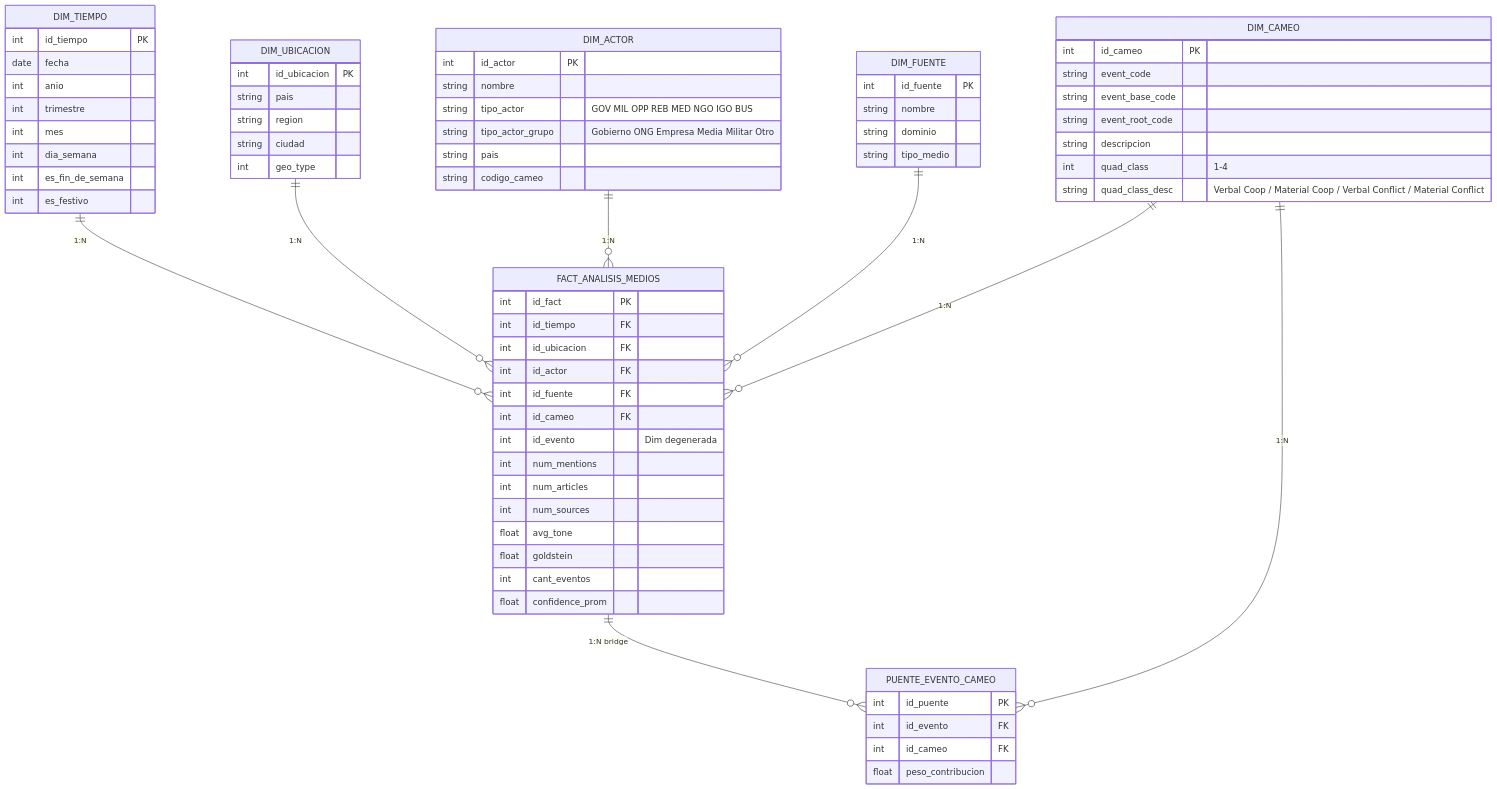
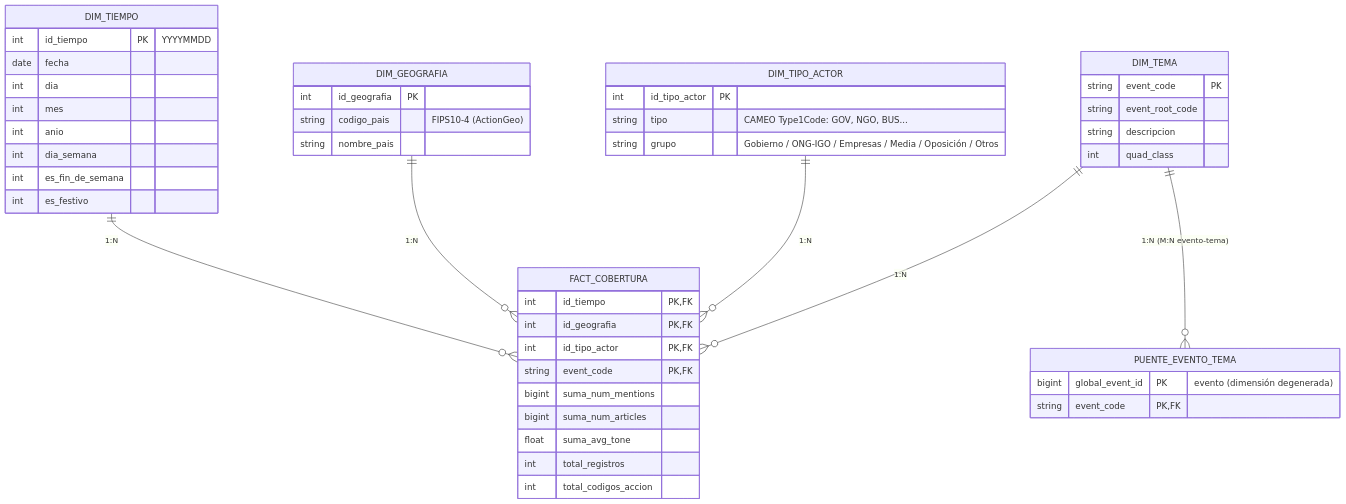
The second of 4 diagrams in TP2.md (marcoskantor/Curso_Introduccion_Ingenieria_Datos), drawn with Mermaid before and after one commit. The commit also changed other lines of this file and 1 other file, not shown here.

Commit message:
TP2: correcciones del docente (PK única, ubicaciones por rol, puentes con PK compuesta, fact con PK compuesta, métricas alineadas a preguntas)

````diff
--- a/TP2.md
+++ b/TP2.md
@@ -157,79 +176,55 @@
 ```mermaid
 erDiagram
-    DIM_TIEMPO    ||--o{ FACT_ANALISIS_MEDIOS : "1:N"
-    DIM_UBICACION ||--o{ FACT_ANALISIS_MEDIOS : "1:N"
-    DIM_ACTOR     ||--o{ FACT_ANALISIS_MEDIOS : "1:N"
-    DIM_FUENTE    ||--o{ FACT_ANALISIS_MEDIOS : "1:N"
-    DIM_CAMEO     ||--o{ FACT_ANALISIS_MEDIOS : "1:N"
-    FACT_ANALISIS_MEDIOS ||--o{ PUENTE_EVENTO_CAMEO : "1:N bridge"
-    DIM_CAMEO     ||--o{ PUENTE_EVENTO_CAMEO : "1:N"
+    DIM_TIEMPO       ||--o{ FACT_COBERTURA     : "1:N"
+    DIM_GEOGRAFIA    ||--o{ FACT_COBERTURA     : "1:N"
+    DIM_TIPO_ACTOR   ||--o{ FACT_COBERTURA     : "1:N"
+    DIM_TEMA         ||--o{ FACT_COBERTURA     : "1:N"
+    DIM_TEMA         ||--o{ PUENTE_EVENTO_TEMA : "1:N (M:N evento-tema)"
 
     DIM_TIEMPO {
-        int   id_tiempo        PK
-        date  fecha
-        int   anio
-        int   trimestre
-        int   mes
-        int   dia_semana
-        int   es_fin_de_semana
-        int   es_festivo
+        int    id_tiempo        PK "YYYYMMDD"
+        date   fecha
+        int    dia
+        int    mes
+        int    anio
+        int    dia_semana
+        int    es_fin_de_semana
+        int    es_festivo
     }
 
-    DIM_UBICACION {
-        int    id_ubicacion PK
-        string pais
-        string region
-        string ciudad
-        int    geo_type
+    DIM_GEOGRAFIA {
+        int    id_geografia     PK
+        string codigo_pais      "FIPS10-4 (ActionGeo)"
+        string nombre_pais
     }
 
-    DIM_ACTOR {
-        int    id_actor         PK
-        string nombre
-        string tipo_actor       "GOV MIL OPP REB MED NGO IGO BUS"
-        string tipo_actor_grupo "Gobierno ONG Empresa Media Militar Otro"
-        string pais
-        string codigo_cameo
+    DIM_TIPO_ACTOR {
+        int    id_tipo_actor    PK
+        string tipo             "CAMEO Type1Code: GOV, NGO, BUS..."
+        string grupo            "Gobierno / ONG-IGO / Empresas / Media / Oposición / Otros"
     }
 
-    DIM_FUENTE {
-        int    id_fuente PK
-        string nombre
-        string dominio
-        string tipo_medio
+    DIM_TEMA {
+        string event_code       PK
+        string event_root_code
+        string descripcion
+        int    quad_class
     }
 
-    DIM_CAMEO {
-        int    id_cameo        PK
-        string event_code
-        string event_base_code
-        string event_root_code
-        string descripcion
-        int    quad_class      "1-4"
-        string quad_class_desc "Verbal Coop / Material Coop / Verbal Conflict / Material Conflict"
+    FACT_COBERTURA {
+        int    id_tiempo            PK, FK
+        int    id_geografia         PK, FK
+        int    id_tipo_actor        PK, FK
+        string event_code           PK, FK
+        bigint suma_num_mentions
+        bigint suma_num_articles
+        float  suma_avg_tone
+        int    total_registros
+        int    total_codigos_accion
     }
 
-    FACT_ANALISIS_MEDIOS {
-        int   id_fact          PK
-        int   id_tiempo        FK
-        int   id_ubicacion     FK
-        int   id_actor         FK
-        int   id_fuente        FK
-        int   id_cameo         FK
-        int   id_evento        "Dim degenerada"
-        int   num_mentions
-        int   num_articles
-        int   num_sources
-        float avg_tone
-        float goldstein
-        int   cant_eventos
-        float confidence_prom
-    }
-
-    PUENTE_EVENTO_CAMEO {
-        int   id_puente        PK
-        int   id_evento        FK
-        int   id_cameo         FK
-        float peso_contribucion
+    PUENTE_EVENTO_TEMA {
+        bigint global_event_id      PK "evento (dimensión degenerada)"
+        string event_code           PK, FK
     }
 ```
````
